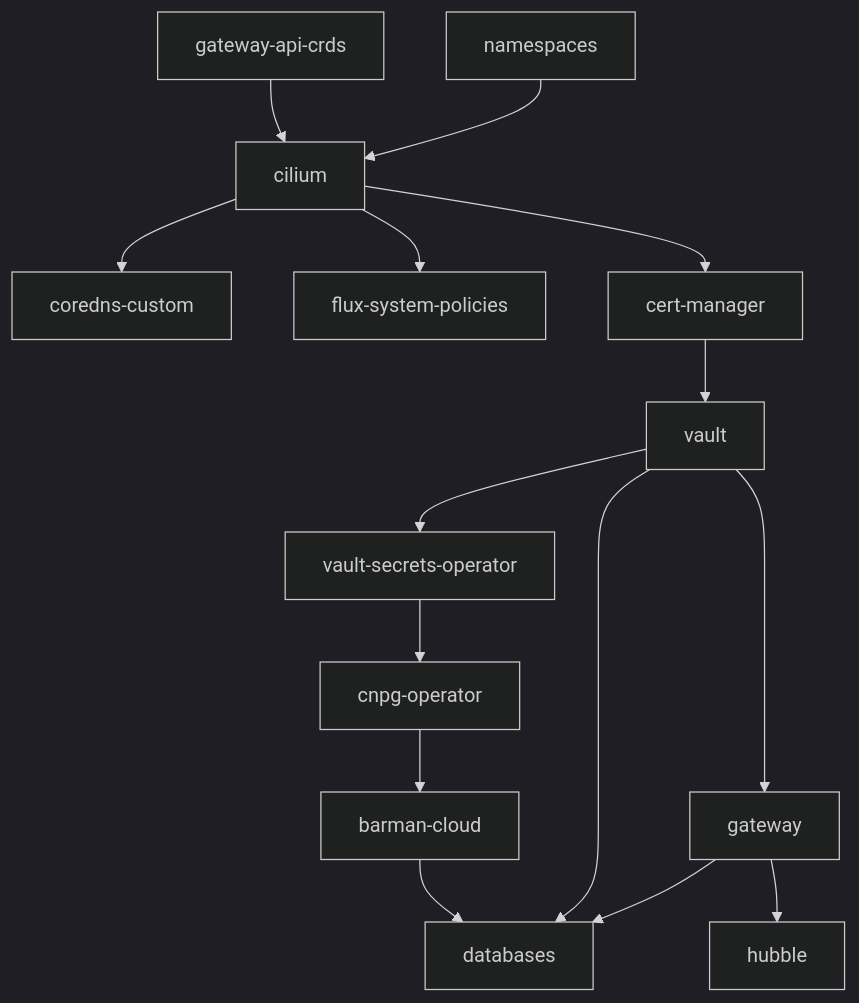
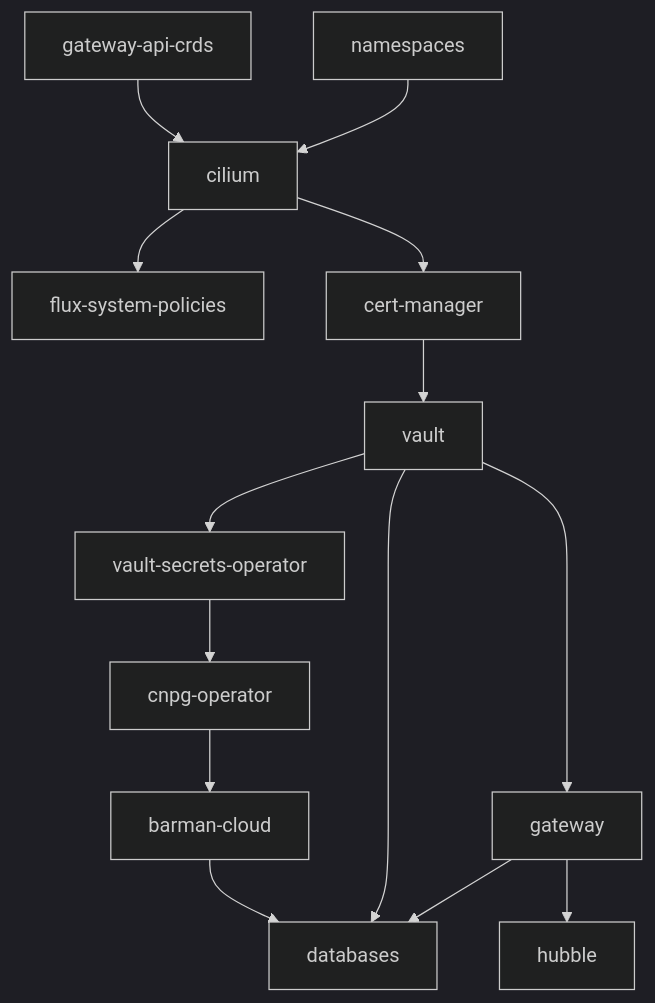
The diagram in INSTALLATION.md (DragonBishop/data_science_cluster), drawn with Mermaid (dark theme) before and after one commit. The commit also changed other lines of this file and 8 other files, not shown here.

````diff
--- a/INSTALLATION.md
+++ b/INSTALLATION.md
@@ -121,25 +138,24 @@
 ```mermaid
 flowchart TD
     %% Base Foundations
     crds["gateway-api-crds"] --> cilium["cilium"]
     ns["namespaces"] --> cilium
 
     %% Core Services & PKI
-    cilium --> coredns["coredns-custom"]
     cilium --> fluxpolicies["flux-system-policies"]
     cilium --> certmgr["cert-manager"]
     certmgr --> vault["vault"]
 
     %% Platform Services
     vault --> vso["vault-secrets-operator"]
     vso --> cnpg["cnpg-operator"]
     cnpg --> barman["barman-cloud"]
 
     vault --> gw["gateway"]
     gw --> hubble["hubble"]
 
     %% Applications
     barman --> db["databases"]
     vault --> db
     gw --> db
 ```
````
